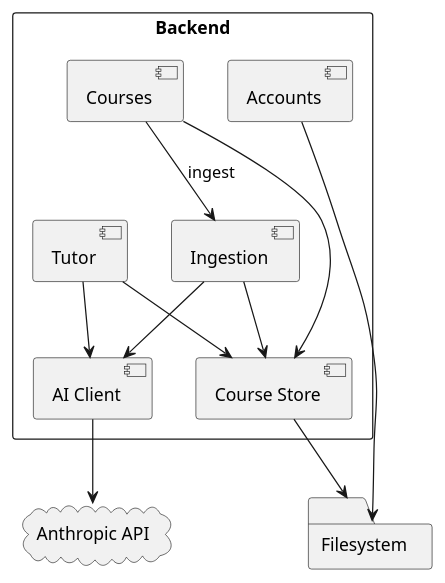
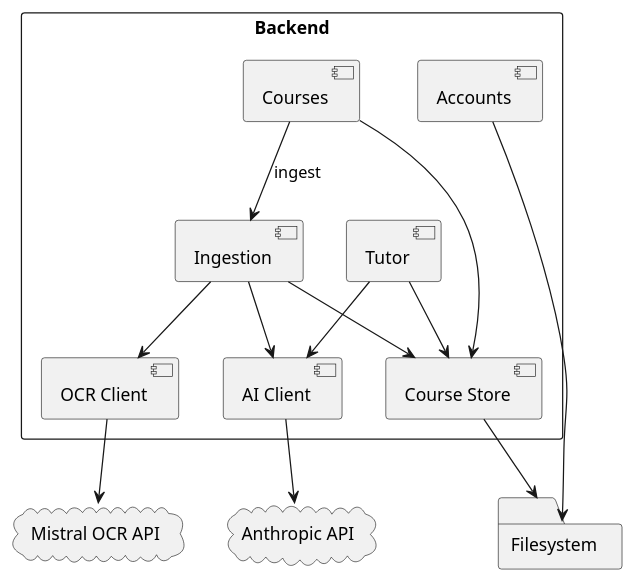
Before and after one commit to leon-hrk/iknownothing: the diagram in docs/arc42/diagrams/building-blocks-level2.puml, drawn with PlantUML. The commit also changed 45 other files, not shown here.

```diff
--- a/docs/arc42/diagrams/building-blocks-level2.puml
+++ b/docs/arc42/diagrams/building-blocks-level2.puml
@@ -1,27 +1,31 @@
 @startuml
 skinparam shadowing false
 skinparam defaultTextAlignment center
 
 rectangle "Backend" {
   component "Accounts" as accounts
   component "Courses" as courses
   component "Ingestion" as ingestion
   component "Tutor" as tutor
   component "Course Store" as store
   component "AI Client" as aiclient
+  component "OCR Client" as ocrclient
 }
 
 folder "Filesystem" as fs
 cloud "Anthropic API" as ai
+cloud "Mistral OCR API" as ocr
 
 courses --> store
 courses --> ingestion : ingest
 ingestion --> store
 ingestion --> aiclient
+ingestion --> ocrclient
 tutor --> store
 tutor --> aiclient
 aiclient --> ai
+ocrclient --> ocr
 
 accounts --> fs
 store --> fs
 @enduml
```
